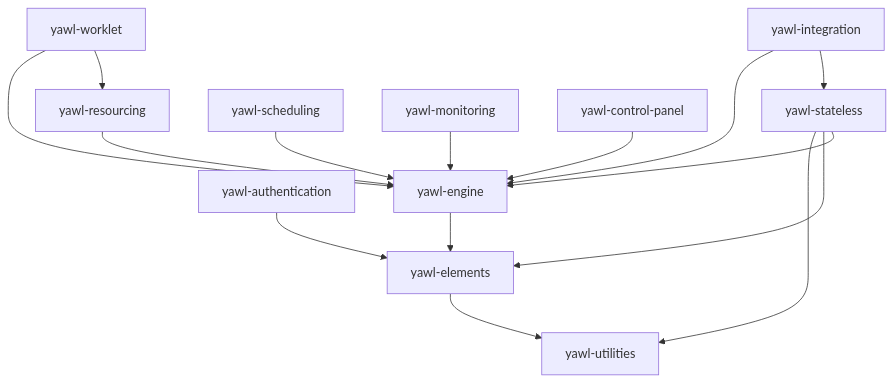
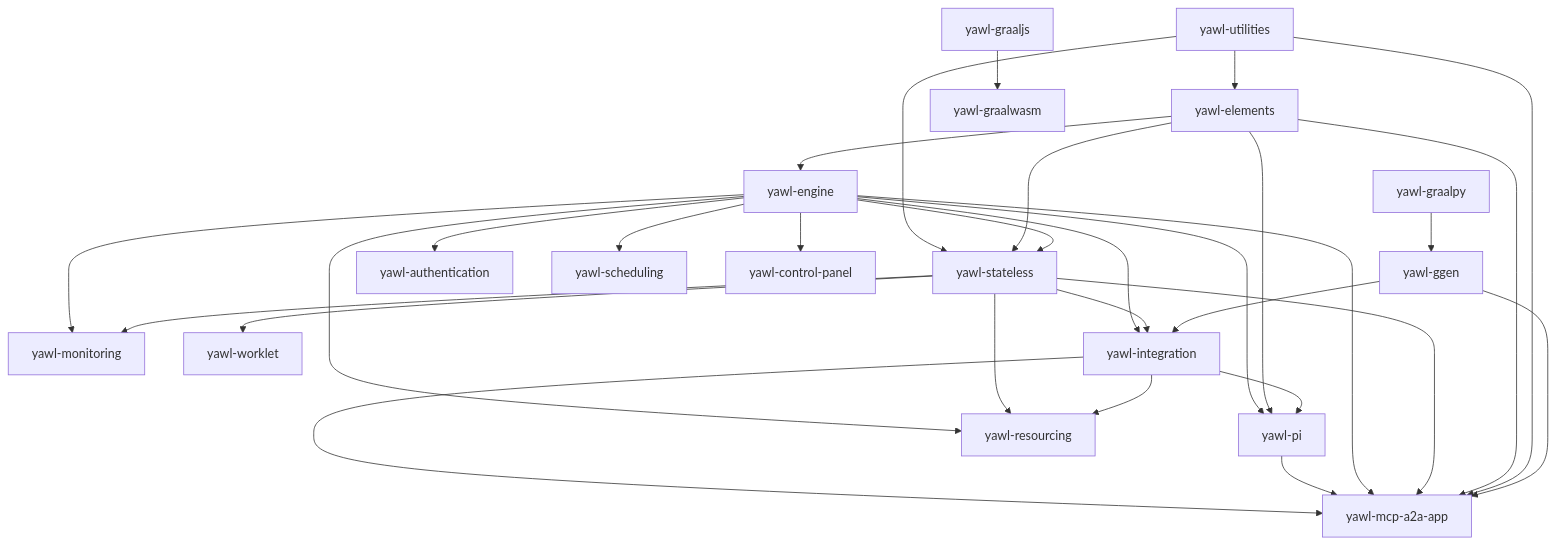
One commit to seanchatmangpt/yawl changed the diagram in docs/v6/diagrams/module-dependencies.mmd. Above: the diagram before and after it, drawn with Mermaid. The commit also changed 5 other files, not shown here.

First line of the commit message:
docs: map all 19-module build sequences + fix reactor ordering bugs

```diff
--- a/docs/v6/diagrams/module-dependencies.mmd
+++ b/docs/v6/diagrams/module-dependencies.mmd
@@ -1,16 +1,45 @@
 graph TD
     %% Inter-module dependencies derived from module pom.xml files
-    yawl-elements --> yawl-utilities
-    yawl-authentication --> yawl-elements
-    yawl-engine --> yawl-elements
-    yawl-stateless --> yawl-utilities
-    yawl-stateless --> yawl-elements
-    yawl-stateless --> yawl-engine
-    yawl-resourcing --> yawl-engine
-    yawl-worklet --> yawl-engine
-    yawl-worklet --> yawl-resourcing
-    yawl-scheduling --> yawl-engine
-    yawl-integration --> yawl-engine
-    yawl-integration --> yawl-stateless
-    yawl-monitoring --> yawl-engine
-    yawl-control-panel --> yawl-engine
+    %% 19 modules — YAWL v6.0.0-GA
+    %% Generated 2026-02-27
+
+    %% Layer 0 → Layer 1
+    yawl-utilities --> yawl-elements
+    yawl-graalpy --> yawl-ggen
+    yawl-graaljs --> yawl-graalwasm
+
+    %% Layer 1 → Layer 2
+    yawl-elements --> yawl-engine
+
+    %% Layer 2 → Layer 3
+    yawl-utilities --> yawl-stateless
+    yawl-elements --> yawl-stateless
+    yawl-engine --> yawl-stateless
+
+    %% Layer 2/3 → Layer 4
+    yawl-engine --> yawl-authentication
+    yawl-engine --> yawl-scheduling
+    yawl-engine --> yawl-monitoring
+    yawl-stateless --> yawl-monitoring
+    yawl-stateless --> yawl-worklet
+    yawl-engine --> yawl-control-panel
+    yawl-engine --> yawl-integration
+    yawl-stateless --> yawl-integration
+    yawl-ggen --> yawl-integration
+
+    %% Layer 4 → Layer 5
+    yawl-engine --> yawl-pi
+    yawl-elements --> yawl-pi
+    yawl-integration --> yawl-pi
+    yawl-engine --> yawl-resourcing
+    yawl-stateless --> yawl-resourcing
+    yawl-integration --> yawl-resourcing
+
+    %% Layer 5 → Layer 6
+    yawl-integration --> yawl-mcp-a2a-app
+    yawl-pi --> yawl-mcp-a2a-app
+    yawl-engine --> yawl-mcp-a2a-app
+    yawl-stateless --> yawl-mcp-a2a-app
+    yawl-elements --> yawl-mcp-a2a-app
+    yawl-utilities --> yawl-mcp-a2a-app
+    yawl-ggen --> yawl-mcp-a2a-app
```
